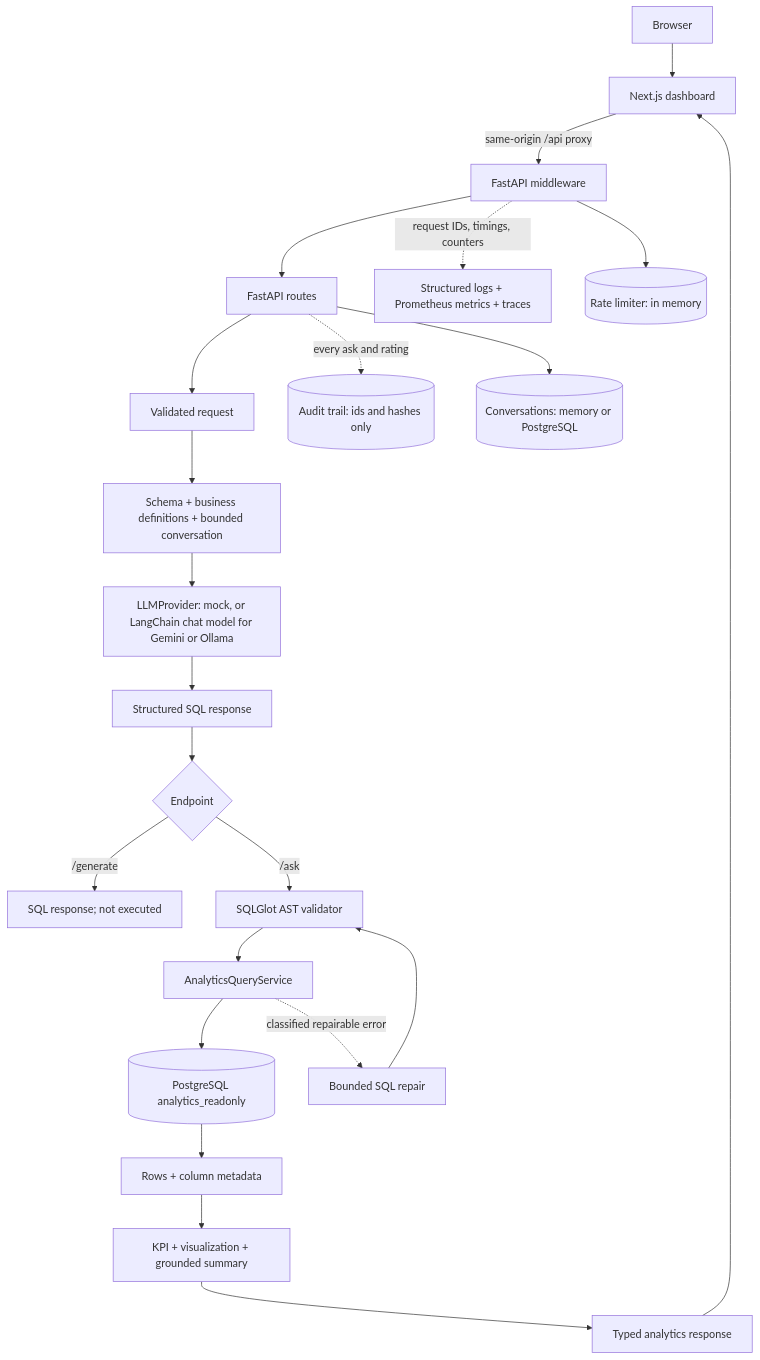
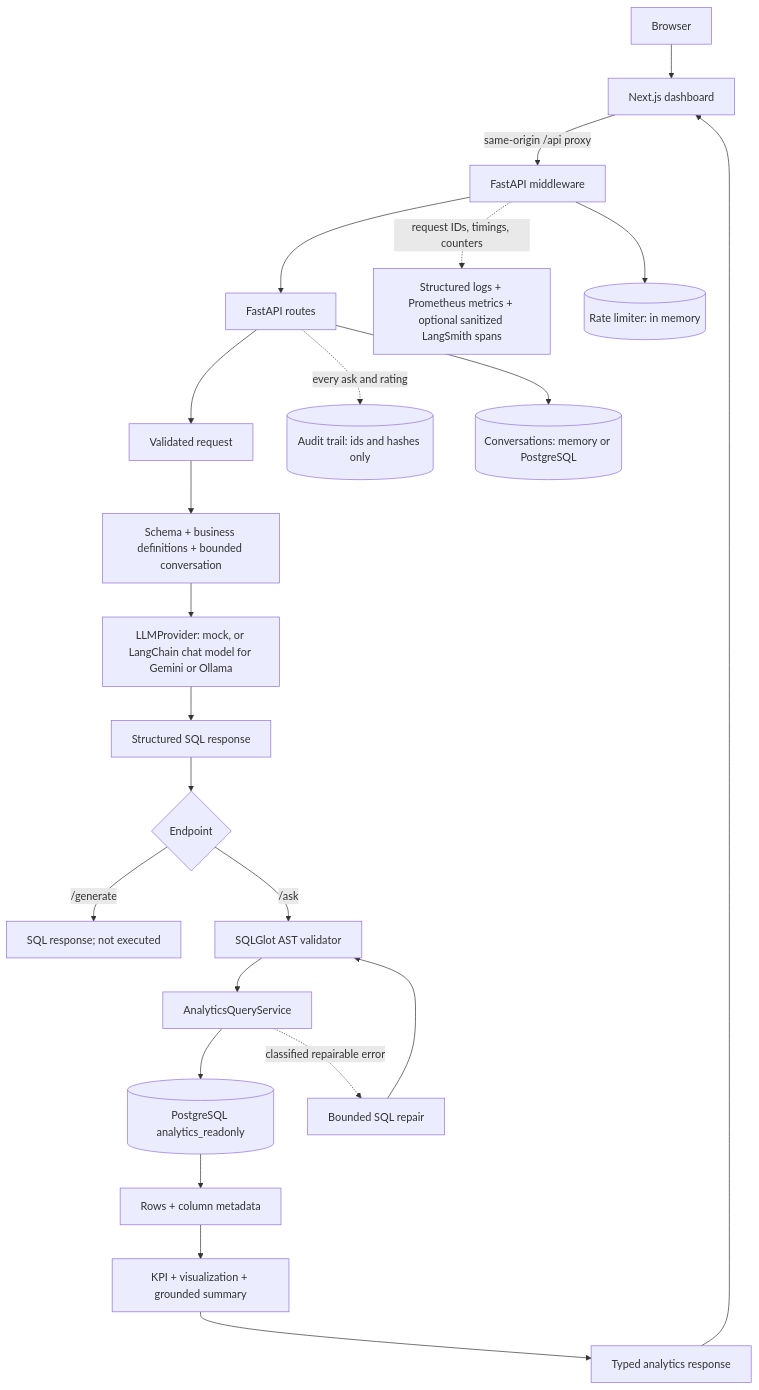
The diagram in docs/architecture.md (TitanMashy/ai-sql-analytics-copilot), drawn with Mermaid before and after one commit. The commit also changed other lines of this file and 13 other files, not shown here.

````diff
--- a/docs/architecture.md
+++ b/docs/architecture.md
@@ -3,25 +3,25 @@
 ```mermaid
 flowchart TD
     Browser[Browser] --> Next[Next.js dashboard]
     Next -->|same-origin /api proxy| Middleware[FastAPI middleware]
     Middleware --> API[FastAPI routes]
     API --> Request[Validated request]
     Request --> Context[Schema + business definitions + bounded conversation]
     Context --> Provider[LLMProvider: mock, or LangChain chat model for Gemini or Ollama]
     Provider --> Parsed[Structured SQL response]
     Parsed --> Generate{Endpoint}
     Generate -->|/generate| SQLResponse[SQL response; not executed]
     Generate -->|/ask| Validator[SQLGlot AST validator]
     Validator --> Executor[AnalyticsQueryService]
     Executor --> DB[(PostgreSQL analytics_readonly)]
     DB --> Results[Rows + column metadata]
     Results --> Intelligence[KPI + visualization + grounded summary]
     Intelligence --> Response[Typed analytics response]
     Response --> Next
     Executor -. classified repairable error .-> Repair[Bounded SQL repair]
     Repair --> Validator
-    Middleware -. request IDs, timings, counters .-> Ops[Structured logs + Prometheus metrics + traces]
+    Middleware -. request IDs, timings, counters .-> Ops[Structured logs + Prometheus metrics + optional sanitized LangSmith spans]
     API -. every ask and rating .-> Audit[(Audit trail: ids and hashes only)]
     API --> Conversations[(Conversations: memory or PostgreSQL)]
     Middleware --> Limiter[(Rate limiter: in memory)]
 ```
````
